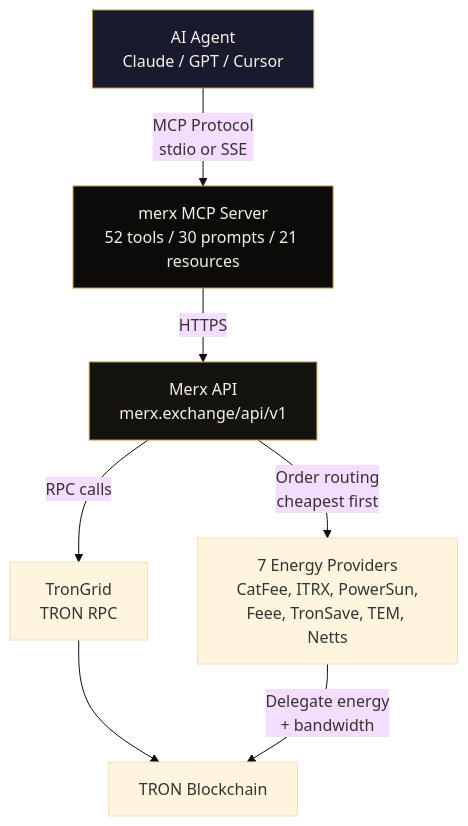
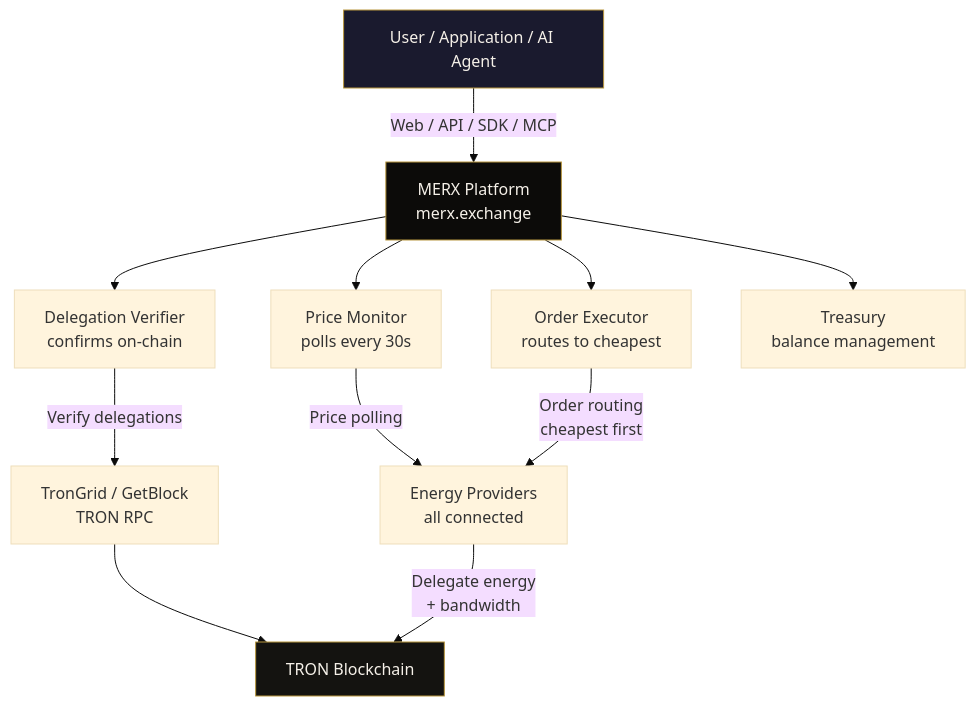
One commit to nicosmall503/merx-mcp changed the first of 2 diagrams in README.md. Above: the diagram before and after it, drawn with Mermaid (base theme). The commit also changed other lines of this file, not shown here.

First line of the commit message:
Rewrite README: full platform presentation

````diff
--- a/README.md
+++ b/README.md
@@ -227,20 +316,27 @@
 ```mermaid
 graph TB
-    Agent[AI Agent<br>Claude / GPT / Cursor]
-    MCP[merx MCP Server<br>52 tools / 30 prompts / 21 resources]
-    API[Merx API<br>merx.exchange/api/v1]
-    TG[TronGrid<br>TRON RPC]
-    Providers[7 Energy Providers<br>CatFee, ITRX, PowerSun,<br>Feee, TronSave, TEM, Netts]
+    User[User / Application / AI Agent]
+    Platform[MERX Platform<br>merx.exchange]
+    PM[Price Monitor<br>polls every 30s]
+    OE[Order Executor<br>routes to cheapest]
+    DV[Delegation Verifier<br>confirms on-chain]
+    TR[Treasury<br>balance management]
+    RPC[TronGrid / GetBlock<br>TRON RPC]
+    Providers[Energy Providers<br>all connected]
     TRON[TRON Blockchain]
 
-    Agent -->|MCP Protocol<br>stdio or SSE| MCP
-    MCP -->|HTTPS| API
-    API -->|RPC calls| TG
-    API -->|Order routing<br>cheapest first| Providers
-    TG --> TRON
+    User -->|Web / API / SDK / MCP| Platform
+    Platform --> PM
+    Platform --> OE
+    Platform --> DV
+    Platform --> TR
+    PM -->|Price polling| Providers
+    OE -->|Order routing<br>cheapest first| Providers
+    DV -->|Verify delegations| RPC
+    RPC --> TRON
     Providers -->|Delegate energy<br>+ bandwidth| TRON
 
-    style Agent fill:#1a1a2e,stroke:#B8963E,color:#F5F0E8
-    style MCP fill:#0C0B09,stroke:#B8963E,color:#F5F0E8
-    style API fill:#141310,stroke:#B8963E,color:#F5F0E8
+    style User fill:#1a1a2e,stroke:#B8963E,color:#F5F0E8
+    style Platform fill:#0C0B09,stroke:#B8963E,color:#F5F0E8
+    style TRON fill:#141310,stroke:#B8963E,color:#F5F0E8
 ```
````
